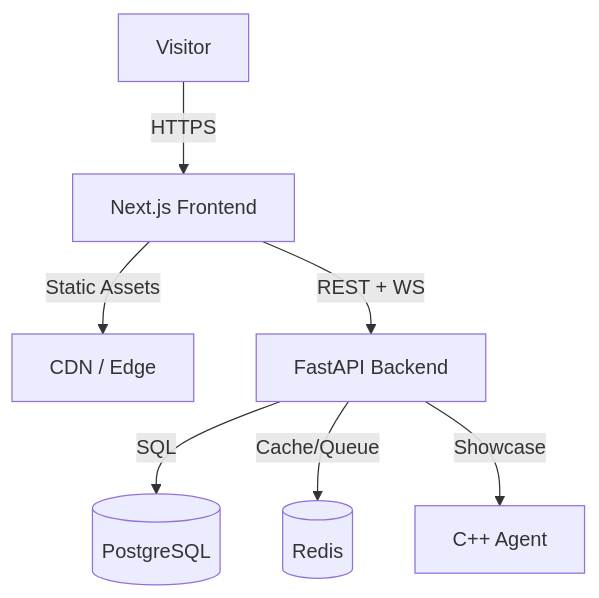
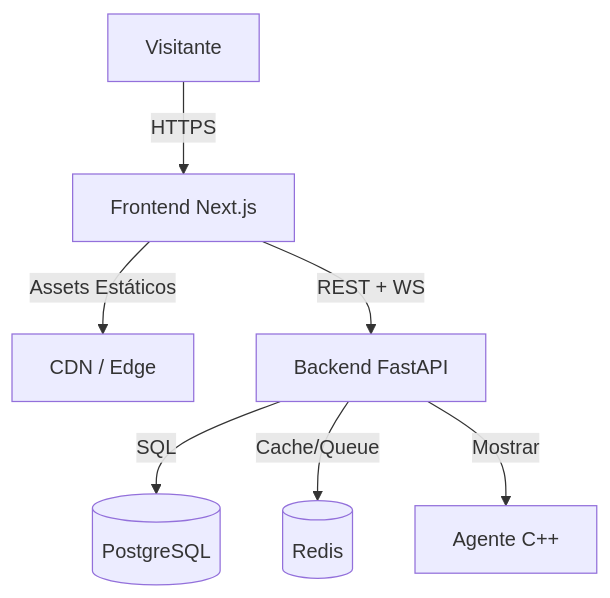
One commit to pedro12345lisboa-sudo/blue-sentinel-security changed the diagram in frontend/content/projects/blue-sentinel.mdx. Above: the diagram before and after it, drawn with Mermaid. The commit also changed other lines of this file and 93 other files, not shown here.

````diff
--- a/frontend/content/projects/blue-sentinel.mdx
+++ b/frontend/content/projects/blue-sentinel.mdx
@@ -23,9 +22,9 @@
 ```mermaid
 flowchart TD
-    Visitor[Visitor] -->|HTTPS| Frontend[Next.js Frontend]
-    Frontend -->|Static Assets| CDN[CDN / Edge]
-    Frontend -->|REST + WS| Backend[FastAPI Backend]
+    Visitante[Visitante] -->|HTTPS| Frontend[Frontend Next.js]
+    Frontend -->|Assets Estáticos| CDN[CDN / Edge]
+    Frontend -->|REST + WS| Backend[Backend FastAPI]
     Backend -->|SQL| Postgres[(PostgreSQL)]
     Backend -->|Cache/Queue| Redis[(Redis)]
-    Backend -->|Showcase| Agent[C++ Agent]
+    Backend -->|Mostrar| Agente[Agente C++]
 ```
````
